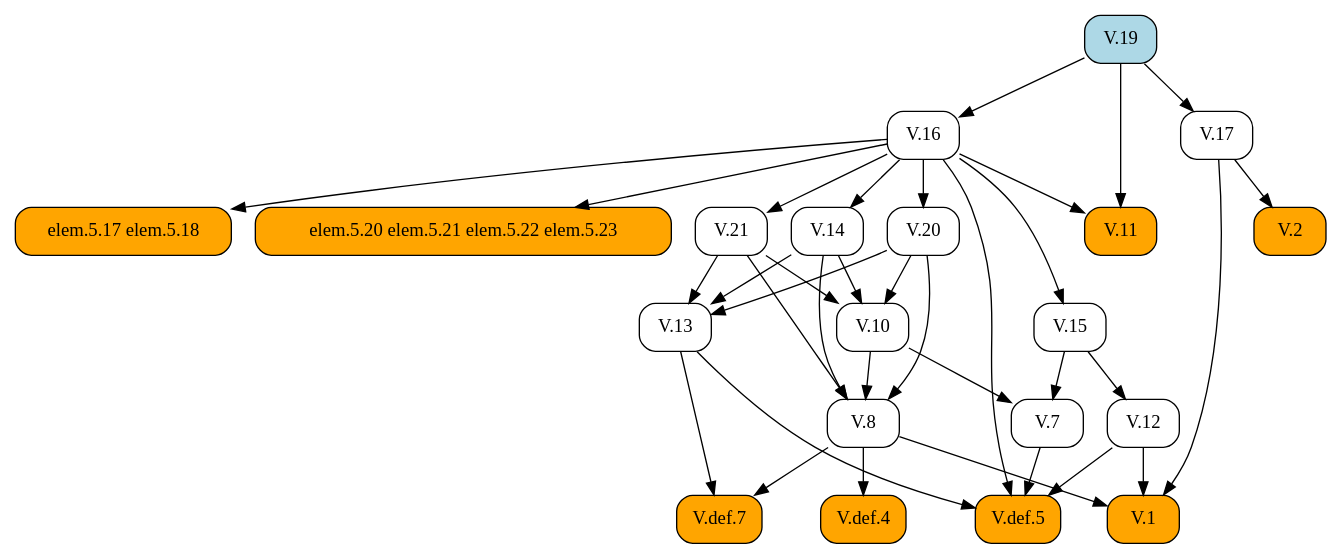
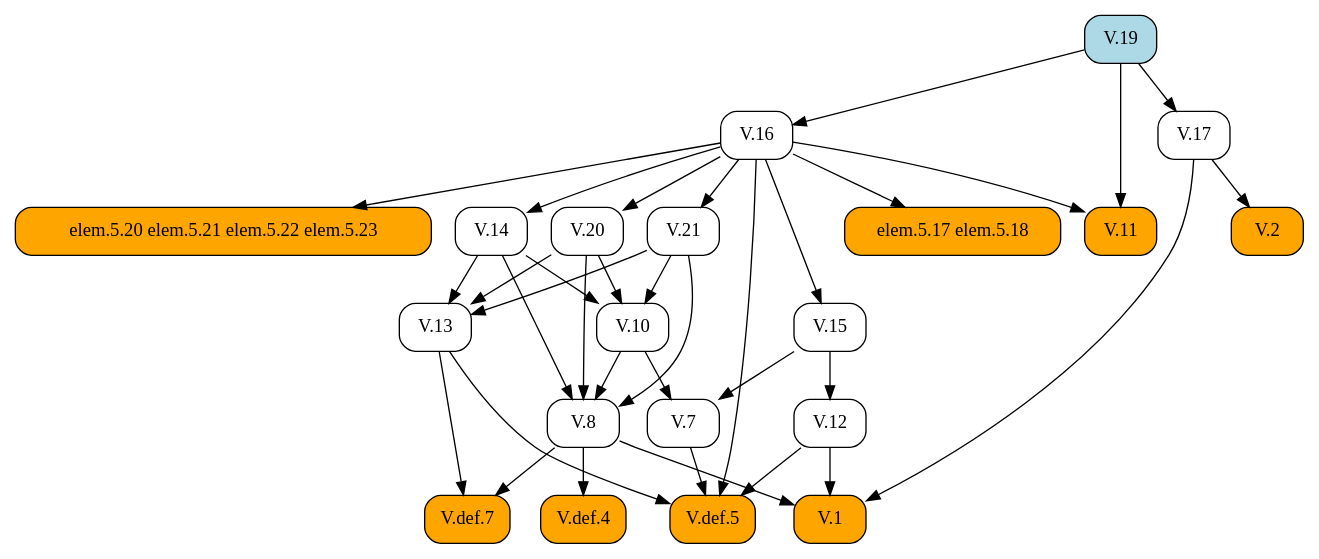
Before and after one commit to geometor/elements: the diagram in docsrc/elements2/V/19/index.rst, drawn with Graphviz. The commit also changed other lines of this file and 409 other files, not shown here.

First line of the commit message:
feat: Add image cropping and graphic extraction script

```diff
--- a/docsrc/elements2/V/19/index.rst
+++ b/docsrc/elements2/V/19/index.rst
@@ -48,60 +48,60 @@
 .. graphviz::
 
    digraph {
      rankdir="TB";
      node [shape=box, style=rounded];
+     "V.14" [URL="/elements2/V/14/", target="_top"];
+     "elem.5.17 elem.5.18" [style="rounded,filled", fillcolor=orange];
+     "V.21" [URL="/elements2/V/21/", target="_top"];
      "V.20" [URL="/elements2/V/20/", target="_top"];
-     "V.14" [URL="/elements2/V/14/", target="_top"];
      "V.10" [URL="/elements2/V/10/", target="_top"];
-     "V.def.5" [style="rounded,filled", fillcolor=orange, URL="/elements2/V/def.5/", target="_top"];
-     "V.def.4" [style="rounded,filled", fillcolor=orange, URL="/elements2/V/def.4/", target="_top"];
-     "V.2" [style="rounded,filled", fillcolor=orange, URL="/elements2/V/2/", target="_top"];
-     "V.7" [URL="/elements2/V/7/", target="_top"];
-     "elem.5.17 elem.5.18" [style="rounded,filled", fillcolor=orange];
-     "V.13" [URL="/elements2/V/13/", target="_top"];
-     "V.11" [style="rounded,filled", fillcolor=orange, URL="/elements2/V/11/", target="_top"];
-     "V.1" [style="rounded,filled", fillcolor=orange, URL="/elements2/V/1/", target="_top"];
-     "elem.5.20 elem.5.21 elem.5.22 elem.5.23" [style="rounded,filled", fillcolor=orange];
-     "V.12" [URL="/elements2/V/12/", target="_top"];
-     "V.21" [URL="/elements2/V/21/", target="_top"];
      "V.16" [URL="/elements2/V/16/", target="_top"];
-     "V.19" [style="rounded,filled", fillcolor=lightblue, URL="/elements2/V/19/", target="_top"];
-     "V.15" [URL="/elements2/V/15/", target="_top"];
      "V.8" [URL="/elements2/V/8/", target="_top"];
      "V.def.7" [style="rounded,filled", fillcolor=orange, URL="/elements2/V/def.7/", target="_top"];
+     "V.12" [URL="/elements2/V/12/", target="_top"];
+     "V.11" [style="rounded,filled", fillcolor=orange, URL="/elements2/V/11/", target="_top"];
+     "elem.5.20 elem.5.21 elem.5.22 elem.5.23" [style="rounded,filled", fillcolor=orange];
+     "V.19" [style="rounded,filled", fillcolor=lightblue, URL="/elements2/V/19/", target="_top"];
+     "V.def.5" [style="rounded,filled", fillcolor=orange, URL="/elements2/V/def.5/", target="_top"];
      "V.17" [URL="/elements2/V/17/", target="_top"];
+     "V.13" [URL="/elements2/V/13/", target="_top"];
+     "V.def.4" [style="rounded,filled", fillcolor=orange, URL="/elements2/V/def.4/", target="_top"];
+     "V.15" [URL="/elements2/V/15/", target="_top"];
+     "V.1" [style="rounded,filled", fillcolor=orange, URL="/elements2/V/1/", target="_top"];
+     "V.7" [URL="/elements2/V/7/", target="_top"];
+     "V.2" [style="rounded,filled", fillcolor=orange, URL="/elements2/V/2/", target="_top"];
+     "V.16" -> "V.14";
+     "V.16" -> "elem.5.17 elem.5.18";
+     "V.16" -> "V.21";
      "V.16" -> "V.20";
-     "V.16" -> "V.14";
      "V.14" -> "V.10";
      "V.20" -> "V.10";
      "V.21" -> "V.10";
-     "V.7" -> "V.def.5";
-     "V.12" -> "V.def.5";
-     "V.13" -> "V.def.5";
-     "V.16" -> "V.def.5";
-     "V.8" -> "V.def.4";
-     "V.17" -> "V.2";
-     "V.10" -> "V.7";
-     "V.15" -> "V.7";
-     "V.16" -> "elem.5.17 elem.5.18";
-     "V.14" -> "V.13";
-     "V.20" -> "V.13";
-     "V.21" -> "V.13";
-     "V.16" -> "V.11";
-     "V.19" -> "V.11";
-     "V.8" -> "V.1";
-     "V.12" -> "V.1";
-     "V.17" -> "V.1";
-     "V.16" -> "elem.5.20 elem.5.21 elem.5.22 elem.5.23";
-     "V.15" -> "V.12";
-     "V.16" -> "V.21";
      "V.19" -> "V.16";
-     "V.16" -> "V.15";
      "V.10" -> "V.8";
      "V.14" -> "V.8";
      "V.20" -> "V.8";
      "V.21" -> "V.8";
      "V.8" -> "V.def.7";
      "V.13" -> "V.def.7";
+     "V.15" -> "V.12";
+     "V.16" -> "V.11";
+     "V.19" -> "V.11";
+     "V.16" -> "elem.5.20 elem.5.21 elem.5.22 elem.5.23";
+     "V.7" -> "V.def.5";
+     "V.12" -> "V.def.5";
+     "V.13" -> "V.def.5";
+     "V.16" -> "V.def.5";
      "V.19" -> "V.17";
+     "V.14" -> "V.13";
+     "V.20" -> "V.13";
+     "V.21" -> "V.13";
+     "V.8" -> "V.def.4";
+     "V.16" -> "V.15";
+     "V.8" -> "V.1";
+     "V.12" -> "V.1";
+     "V.17" -> "V.1";
+     "V.10" -> "V.7";
+     "V.15" -> "V.7";
+     "V.17" -> "V.2";
    }
```
